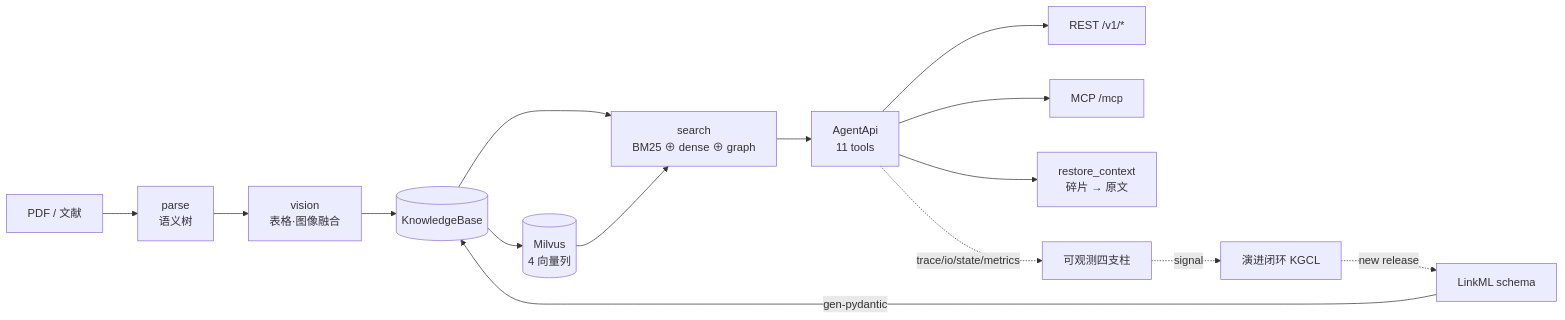
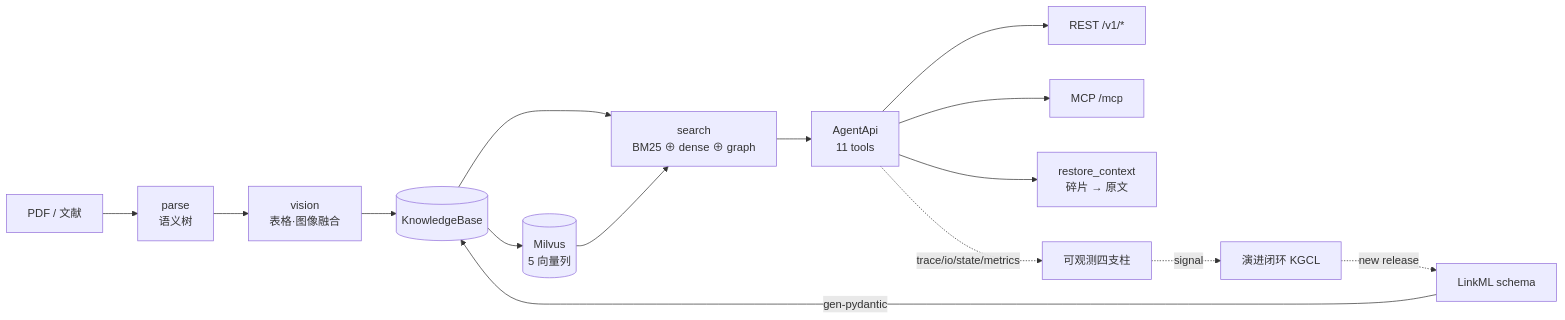
The diagram in README.md (zhiweio/biomed-ontology), drawn with Mermaid before and after one commit. The commit also changed other lines of this file and 44 other files, not shown here.

````diff
--- a/README.md
+++ b/README.md
@@ -110,17 +120,17 @@
 ```mermaid
 flowchart LR
     PDF[PDF / 文献] --> P[parse<br/>语义树]
     P --> V[vision<br/>表格·图像融合]
     V --> KB[(KnowledgeBase)]
     ONT[LinkML schema] -->|gen-pydantic| KB
     KB --> S[search<br/>BM25 ⊕ dense ⊕ graph]
-    KB --> M[(Milvus<br/>4 向量列)]
+    KB --> M[(Milvus<br/>5 向量列)]
     M --> S
     S --> API[AgentApi<br/>11 tools]
     API --> REST[REST /v1/*]
     API --> MCP[MCP /mcp]
     API --> C[restore_context<br/>碎片 → 原文]
     API -.trace/io/state/metrics.-> OBS[可观测四支柱]
     OBS -.signal.-> EVO[演进闭环 KGCL]
     EVO -.new release.-> ONT
 ```
````
